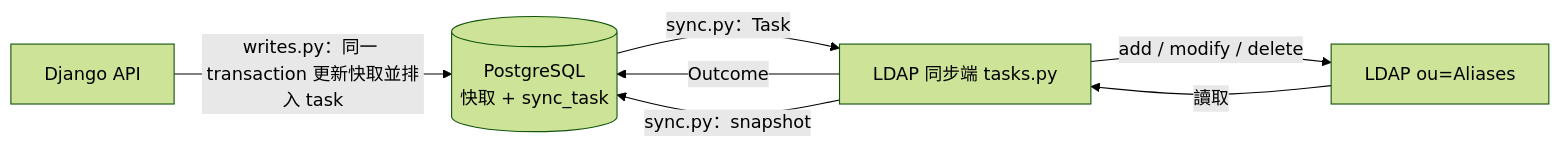
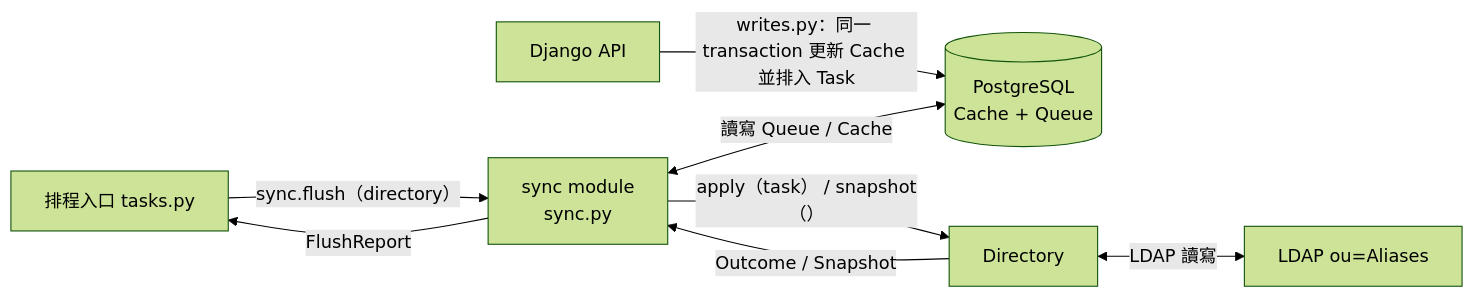
The diagram in docs/06-sync-interface.md (QWERTYPIG/2026-NASA3-Mail-Subscription), drawn with Mermaid (forest theme) before and after one commit. The commit also changed other lines of this file and 7 other files, not shown here.

First line of the commit message:
feat(sync): run a whole Flush through sync.flush given a Directory

````diff
--- a/docs/06-sync-interface.md
+++ b/docs/06-sync-interface.md
@@ -7,9 +7,10 @@
 ```mermaid
 flowchart LR
-    API[Django API] -->|writes.py：同一 transaction 更新快取並排入 task| DB[(PostgreSQL<br/>快取 + sync_task)]
-    DB -->|sync.py：Task| Worker[LDAP 同步端 tasks.py]
-    Worker -->|Outcome| DB
-    Worker -->|add / modify / delete| LDAP[LDAP ou=Aliases]
-    LDAP -->|讀取| Worker
-    Worker -->|sync.py：snapshot| DB
+    API[Django API] -->|writes.py：同一 transaction 更新 Cache 並排入 Task| DB[(PostgreSQL<br/>Cache + Queue)]
+    Entry[排程入口 tasks.py] -->|sync.flush（directory）| Sync[sync module<br/>sync.py]
+    Sync <-->|讀寫 Queue / Cache| DB
+    Sync -->|apply（task） / snapshot（）| Dir[Directory]
+    Dir -->|Outcome / Snapshot| Sync
+    Dir <-->|LDAP 讀寫| LDAP[LDAP ou=Aliases]
+    Sync -->|FlushReport| Entry
 ```
````
